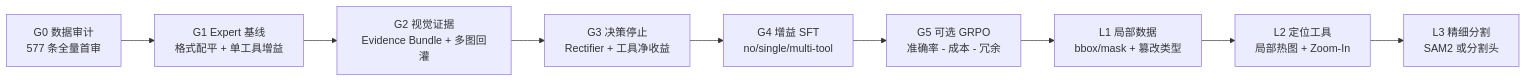
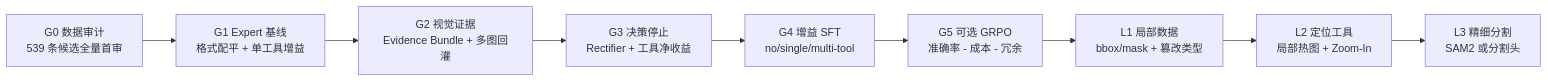
One commit to nexipher/innovation_project changed the sixth of 6 diagrams in CURRENT_PROGRAM_ARCHITECTURE.md. Above: the diagram before and after it, drawn with Mermaid. The commit also changed other lines of this file and 12 other files, not shown here.

````diff
--- a/CURRENT_PROGRAM_ARCHITECTURE.md
+++ b/CURRENT_PROGRAM_ARCHITECTURE.md
@@ -1085,11 +1085,11 @@
 ```mermaid
 flowchart LR
-    G0["G0 数据审计<br/>577 条全量首审"] --> G1["G1 Expert 基线<br/>格式配平 + 单工具增益"]
+    G0["G0 数据审计<br/>539 条候选全量首审"] --> G1["G1 Expert 基线<br/>格式配平 + 单工具增益"]
     G1 --> G2["G2 视觉证据<br/>Evidence Bundle + 多图回灌"]
     G2 --> G3["G3 决策停止<br/>Rectifier + 工具净收益"]
     G3 --> G4["G4 增益 SFT<br/>no/single/multi-tool"]
     G4 --> G5["G5 可选 GRPO<br/>准确率 - 成本 - 冗余"]
     G5 --> L1["L1 局部数据<br/>bbox/mask + 篡改类型"]
     L1 --> L2["L2 定位工具<br/>局部热图 + Zoom-In"]
     L2 --> L3["L3 精细分割<br/>SAM2 或分割头"]
 ```
````
